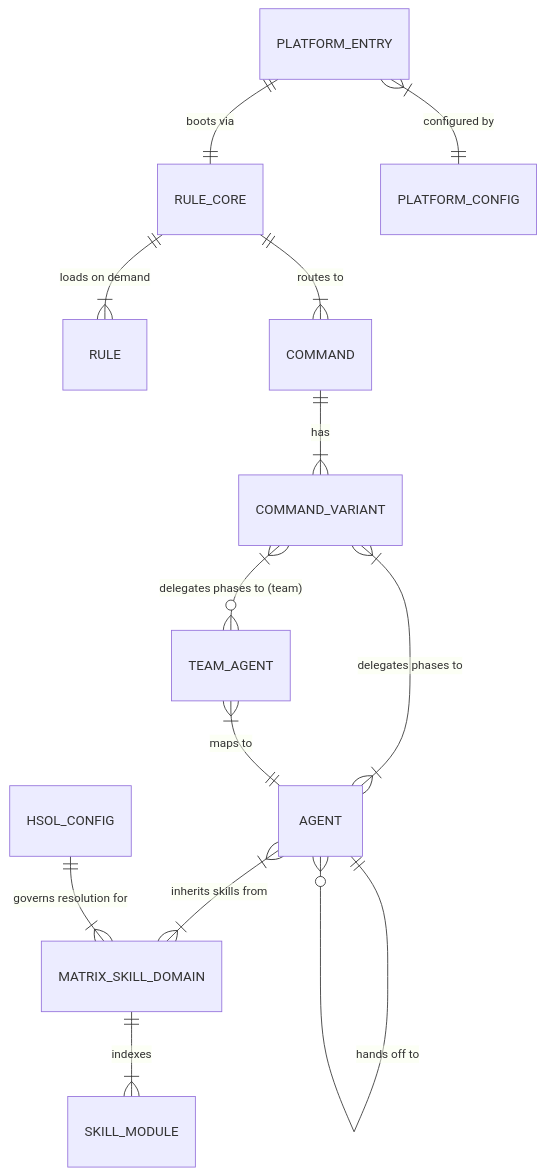
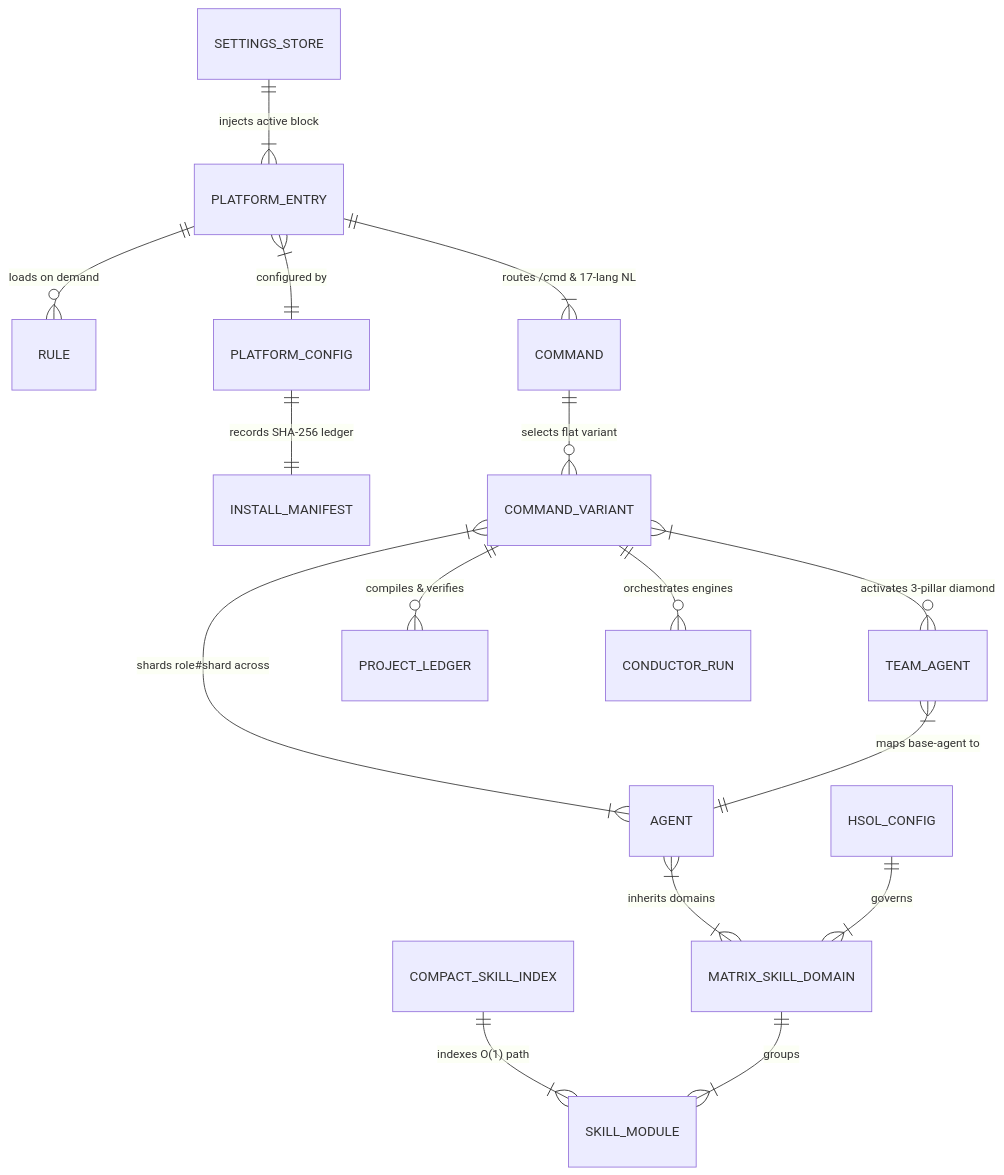
One commit to Kennyboom/BoomOpen-Workflow-Kit-Pro changed the diagram in documents/knowledge-domain/01-entities.md. Above: the diagram before and after it, drawn with Mermaid. The commit also changed other lines of this file and 302 other files, not shown here.

````diff
--- a/documents/knowledge-domain/01-entities.md
+++ b/documents/knowledge-domain/01-entities.md
@@ -28,15 +34,18 @@
 ```mermaid
 erDiagram
-    PLATFORM_ENTRY ||--|| RULE_CORE : "boots via"
-    RULE_CORE ||--|{ RULE : "loads on demand"
+    PLATFORM_ENTRY ||--o{ RULE : "loads on demand"
     PLATFORM_ENTRY }|--|| PLATFORM_CONFIG : "configured by"
-    RULE_CORE ||--|{ COMMAND : "routes to"
-    COMMAND ||--|{ COMMAND_VARIANT : "has"
-    COMMAND_VARIANT }|--|{ AGENT : "delegates phases to"
-    COMMAND_VARIANT }|--o{ TEAM_AGENT : "delegates phases to (team)"
-    AGENT }|--|{ MATRIX_SKILL_DOMAIN : "inherits skills from"
-    MATRIX_SKILL_DOMAIN ||--|{ SKILL_MODULE : "indexes"
-    HSOL_CONFIG ||--|{ MATRIX_SKILL_DOMAIN : "governs resolution for"
-    AGENT ||--o{ AGENT : "hands off to"
-    TEAM_AGENT }|--|| AGENT : "maps to"
+    SETTINGS_STORE ||--|{ PLATFORM_ENTRY : "injects active block"
+    PLATFORM_CONFIG ||--|| INSTALL_MANIFEST : "records SHA-256 ledger"
+    PLATFORM_ENTRY ||--|{ COMMAND : "routes /cmd & 17-lang NL"
+    COMMAND ||--o{ COMMAND_VARIANT : "selects flat variant"
+    COMMAND_VARIANT }|--|{ AGENT : "shards role#shard across"
+    COMMAND_VARIANT }|--o{ TEAM_AGENT : "activates 3-pillar diamond"
+    COMMAND_VARIANT ||--o{ PROJECT_LEDGER : "compiles & verifies"
+    COMMAND_VARIANT ||--o{ CONDUCTOR_RUN : "orchestrates engines"
+    AGENT }|--|{ MATRIX_SKILL_DOMAIN : "inherits domains"
+    COMPACT_SKILL_INDEX ||--|{ SKILL_MODULE : "indexes O(1) path"
+    MATRIX_SKILL_DOMAIN ||--|{ SKILL_MODULE : "groups"
+    HSOL_CONFIG ||--|{ MATRIX_SKILL_DOMAIN : "governs"
+    TEAM_AGENT }|--|| AGENT : "maps base-agent to"
 ```
````
